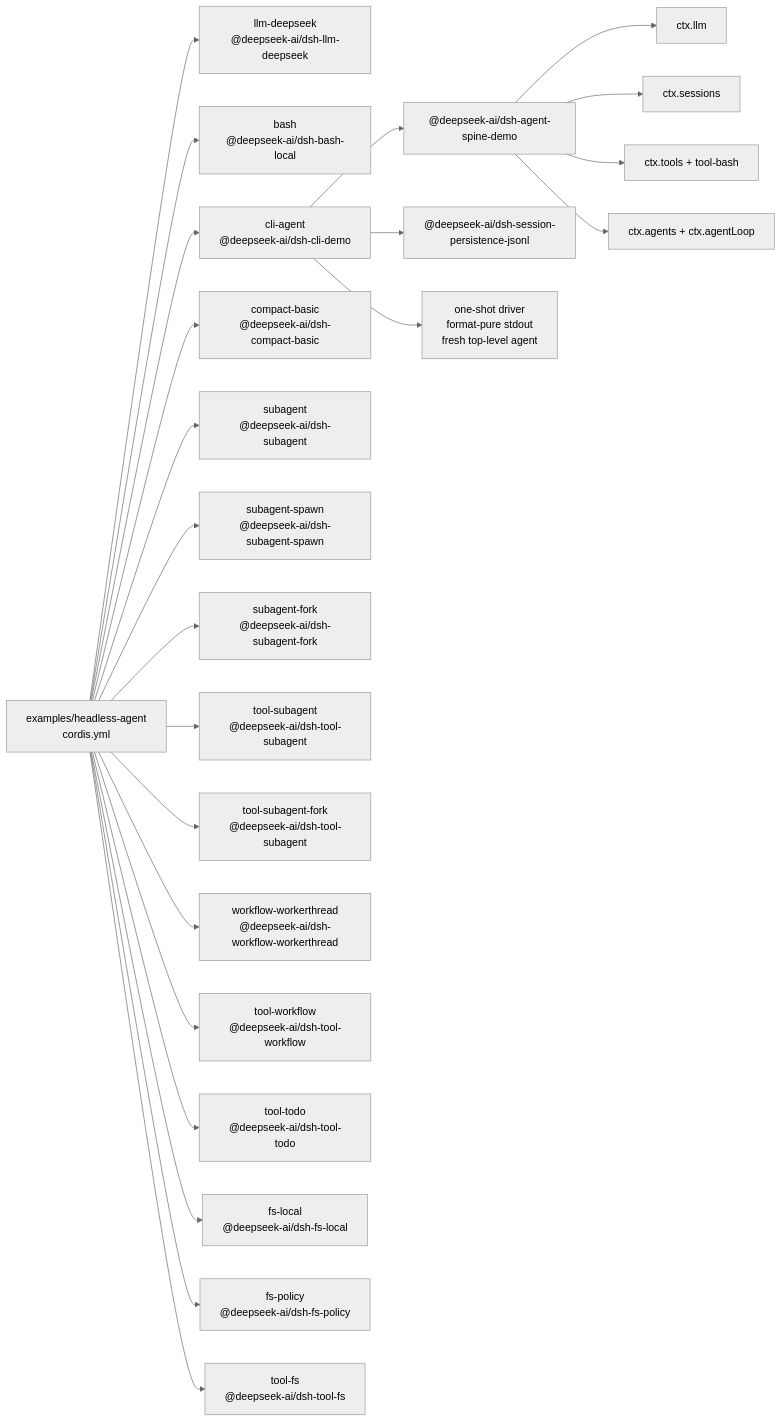
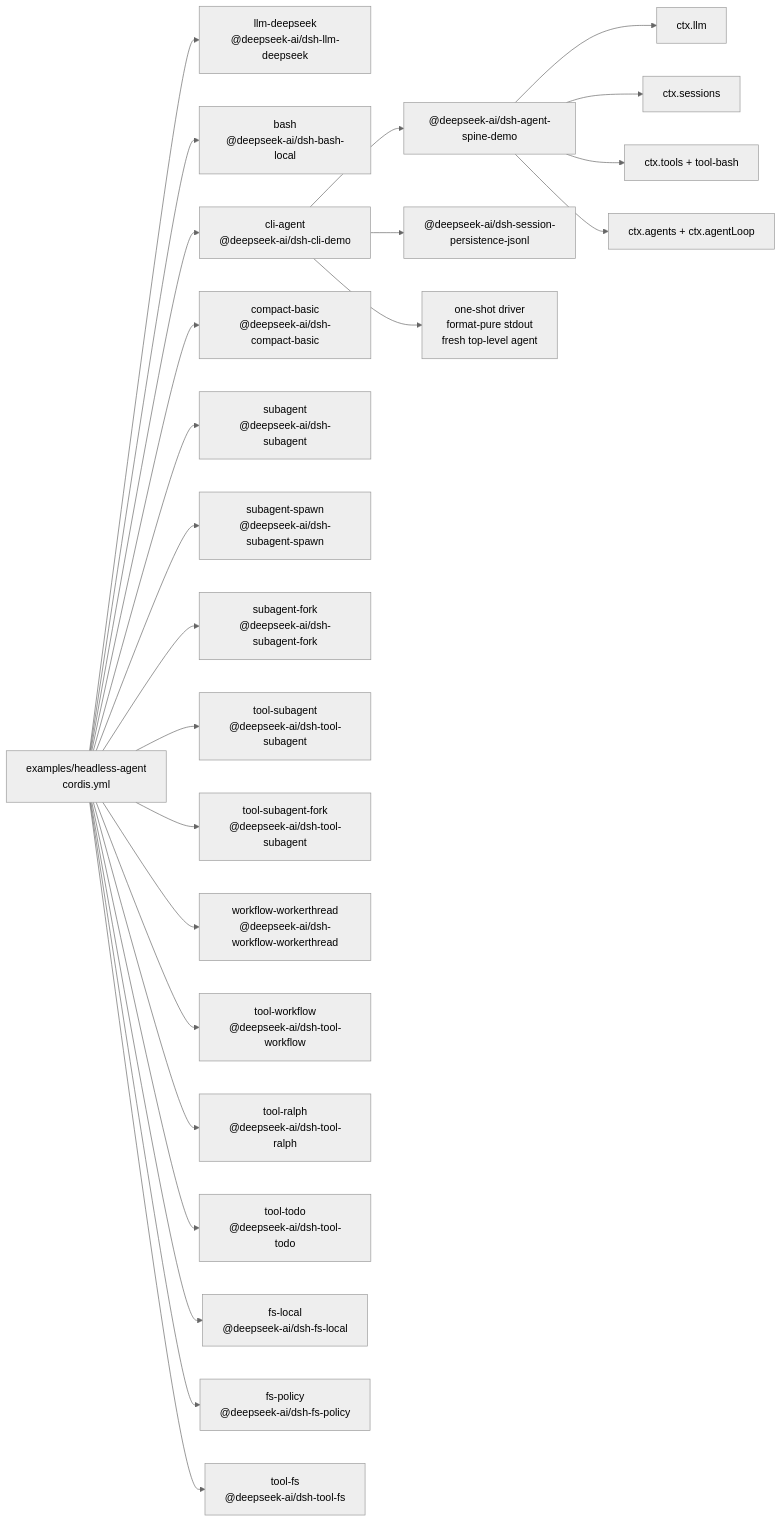
The diagram in examples/headless-agent/composition.md (eru123/coco-harness), drawn with Mermaid (neutral theme) before and after one commit. The commit also changed other lines of this file and 73 other files, not shown here.

First line of the commit message:
Merge pull request #417 from deepseek-harness/codex/ralph-tool

````diff
--- a/examples/headless-agent/composition.md
+++ b/examples/headless-agent/composition.md
@@ -8,41 +8,43 @@
 ```mermaid
 flowchart LR
   cfg["examples/headless-agent<br/>cordis.yml"]
   plugin_headless_llm_deepseek["llm-deepseek<br/>@deepseek-ai/dsh-llm-deepseek"]
   cfg --> plugin_headless_llm_deepseek
   plugin_headless_bash["bash<br/>@deepseek-ai/dsh-bash-local"]
   cfg --> plugin_headless_bash
   plugin_headless_cli_agent["cli-agent<br/>@deepseek-ai/dsh-cli-demo"]
   cfg --> plugin_headless_cli_agent
   plugin_headless_cli_agent --> bundle_agent_core["@deepseek-ai/dsh-agent-spine-demo"]
   plugin_headless_cli_agent --> bundle_jsonl["@deepseek-ai/dsh-session-persistence-jsonl"]
   plugin_headless_cli_agent --> frontdoor_cli["one-shot driver<br/>format-pure stdout<br/>fresh top-level agent"]
   bundle_agent_core --> spine_llm["ctx.llm"]
   bundle_agent_core --> spine_sessions["ctx.sessions"]
   bundle_agent_core --> spine_tools["ctx.tools + tool-bash"]
   bundle_agent_core --> spine_loop["ctx.agents + ctx.agentLoop"]
   plugin_headless_compact_basic["compact-basic<br/>@deepseek-ai/dsh-compact-basic"]
   cfg --> plugin_headless_compact_basic
   plugin_headless_subagent["subagent<br/>@deepseek-ai/dsh-subagent"]
   cfg --> plugin_headless_subagent
   plugin_headless_subagent_spawn["subagent-spawn<br/>@deepseek-ai/dsh-subagent-spawn"]
   cfg --> plugin_headless_subagent_spawn
   plugin_headless_subagent_fork["subagent-fork<br/>@deepseek-ai/dsh-subagent-fork"]
   cfg --> plugin_headless_subagent_fork
   plugin_headless_tool_subagent["tool-subagent<br/>@deepseek-ai/dsh-tool-subagent"]
   cfg --> plugin_headless_tool_subagent
   plugin_headless_tool_subagent_fork["tool-subagent-fork<br/>@deepseek-ai/dsh-tool-subagent"]
   cfg --> plugin_headless_tool_subagent_fork
   plugin_headless_workflow_workerthread["workflow-workerthread<br/>@deepseek-ai/dsh-workflow-workerthread"]
   cfg --> plugin_headless_workflow_workerthread
   plugin_headless_tool_workflow["tool-workflow<br/>@deepseek-ai/dsh-tool-workflow"]
   cfg --> plugin_headless_tool_workflow
+  plugin_headless_tool_ralph["tool-ralph<br/>@deepseek-ai/dsh-tool-ralph"]
+  cfg --> plugin_headless_tool_ralph
   plugin_headless_tool_todo["tool-todo<br/>@deepseek-ai/dsh-tool-todo"]
   cfg --> plugin_headless_tool_todo
   plugin_headless_fs_local["fs-local<br/>@deepseek-ai/dsh-fs-local"]
   cfg --> plugin_headless_fs_local
   plugin_headless_fs_policy["fs-policy<br/>@deepseek-ai/dsh-fs-policy"]
   cfg --> plugin_headless_fs_policy
   plugin_headless_tool_fs["tool-fs<br/>@deepseek-ai/dsh-tool-fs"]
   cfg --> plugin_headless_tool_fs
 ```
````
